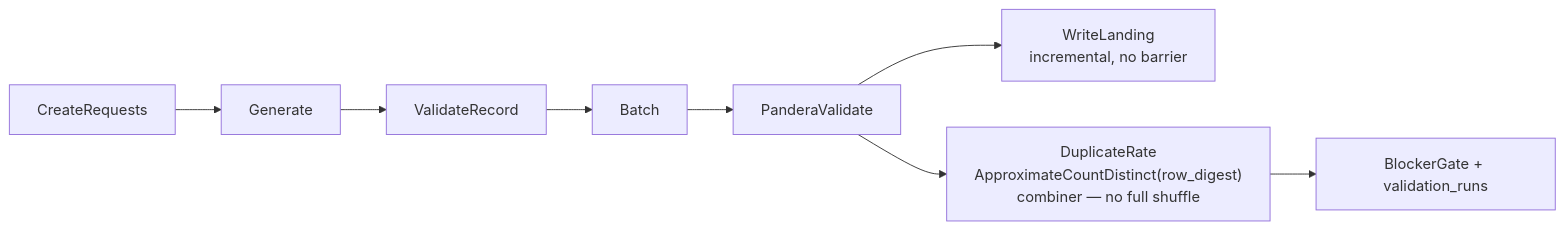
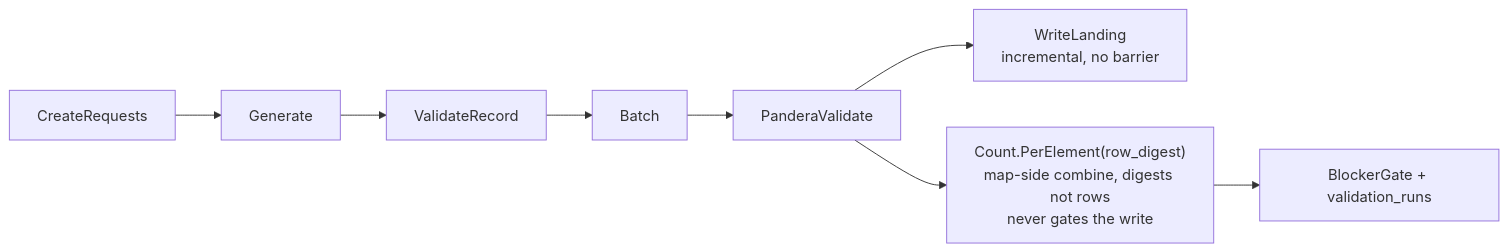
The third of 3 diagrams in docs/designs/2026-07-27-ws6-pipeline-shape.md (albertols/synthetic-llm-dataflow-bigquery), drawn with Mermaid before and after one commit. The commit also changed other lines of this file, not shown here.

````diff
--- a/docs/designs/2026-07-27-ws6-pipeline-shape.md
+++ b/docs/designs/2026-07-27-ws6-pipeline-shape.md
@@ -167,8 +174,8 @@
 ```mermaid
 flowchart LR
   A[CreateRequests] --> B[Generate]
   B --> C[ValidateRecord] --> D[Batch] --> E[PanderaValidate]
   E --> W[WriteLanding<br/>incremental, no barrier]
-  E --> M["DuplicateRate<br/>ApproximateCountDistinct(row_digest)<br/>combiner — no full shuffle"]
+  E --> M["Count.PerElement(row_digest)<br/>map-side combine, digests not rows<br/>never gates the write"]
   M --> G[BlockerGate + validation_runs]
 ```
````
